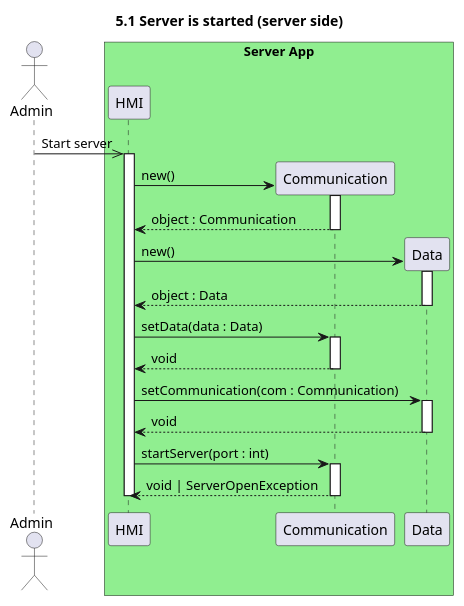
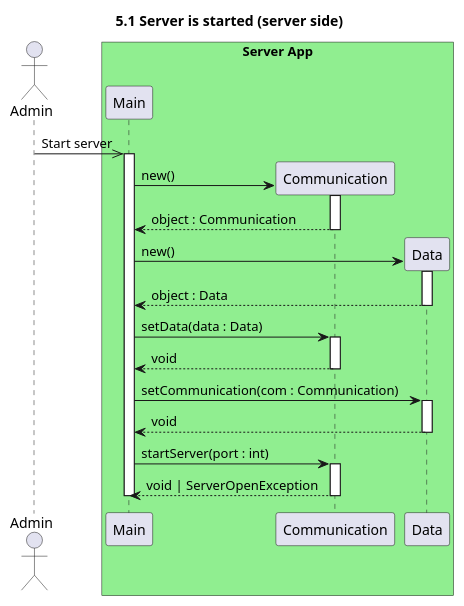
Before and after one commit to UTCAI12/Diagrams: the diagram in sequence/5.1.start_server_server.puml, drawn with PlantUML. The commit also changed 7 other files, not shown here.

```diff
--- a/sequence/5.1.start_server_server.puml
+++ b/sequence/5.1.start_server_server.puml
@@ -1,33 +1,33 @@
 @startuml 5.1 Server is started (server side)
 title 5.1 Server is started (server side)
 
 actor "Admin" as admin
 box "Server App" #LightGreen
-    participant "HMI" as hmi
+    participant "Main" as main
     participant "Communication" as com
     participant "Data" as data
 end box
 
-admin ->> hmi : Start server
-activate hmi
+admin ->> main : Start server
+activate main
 
 create com
-hmi -> com++ : new()
+main -> com++ : new()
 return object : Communication
 
 create data
-hmi -> data++ : new()
+main -> data++ : new()
 return object : Data
 
-hmi -> com++ : setData(data : Data)
+main -> com++ : setData(data : Data)
 return void
 
-hmi -> data++ : setCommunication(com : Communication)
+main -> data++ : setCommunication(com : Communication)
 return void
 
-hmi -> com++ : startServer(port : int)
+main -> com++ : startServer(port : int)
 return void | ServerOpenException
 
-deactivate hmi
+deactivate main
 
 @enduml
```
